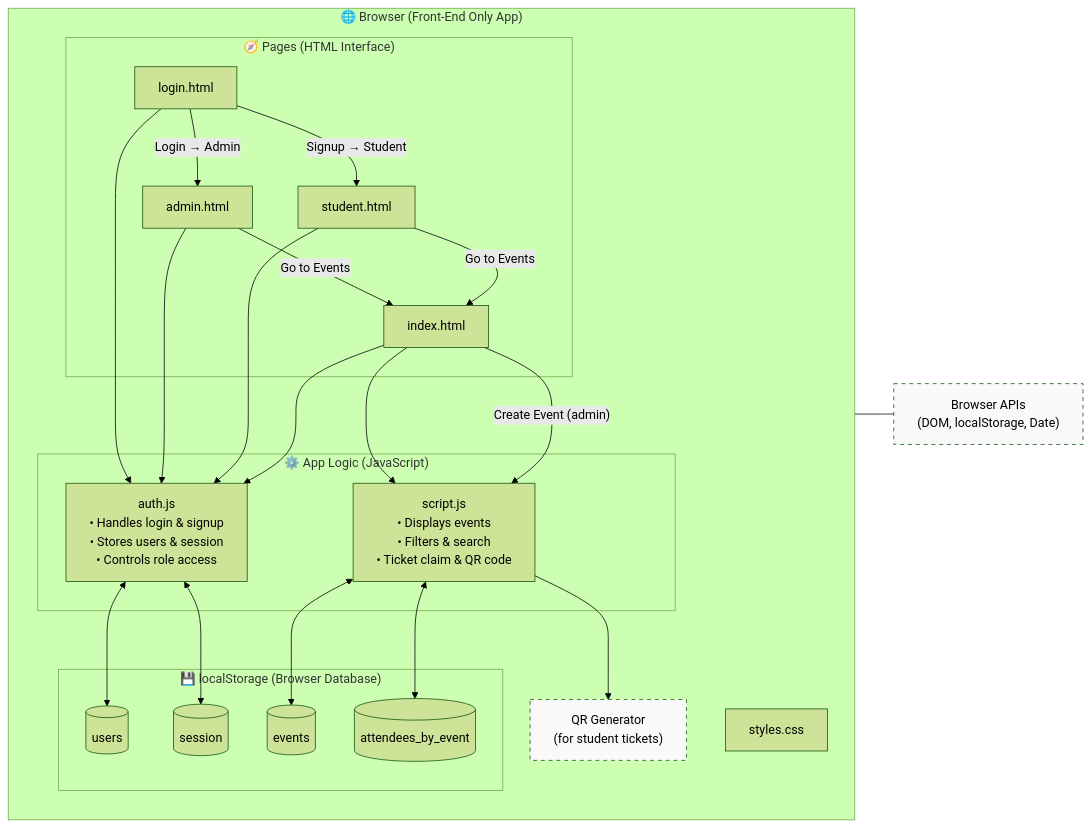
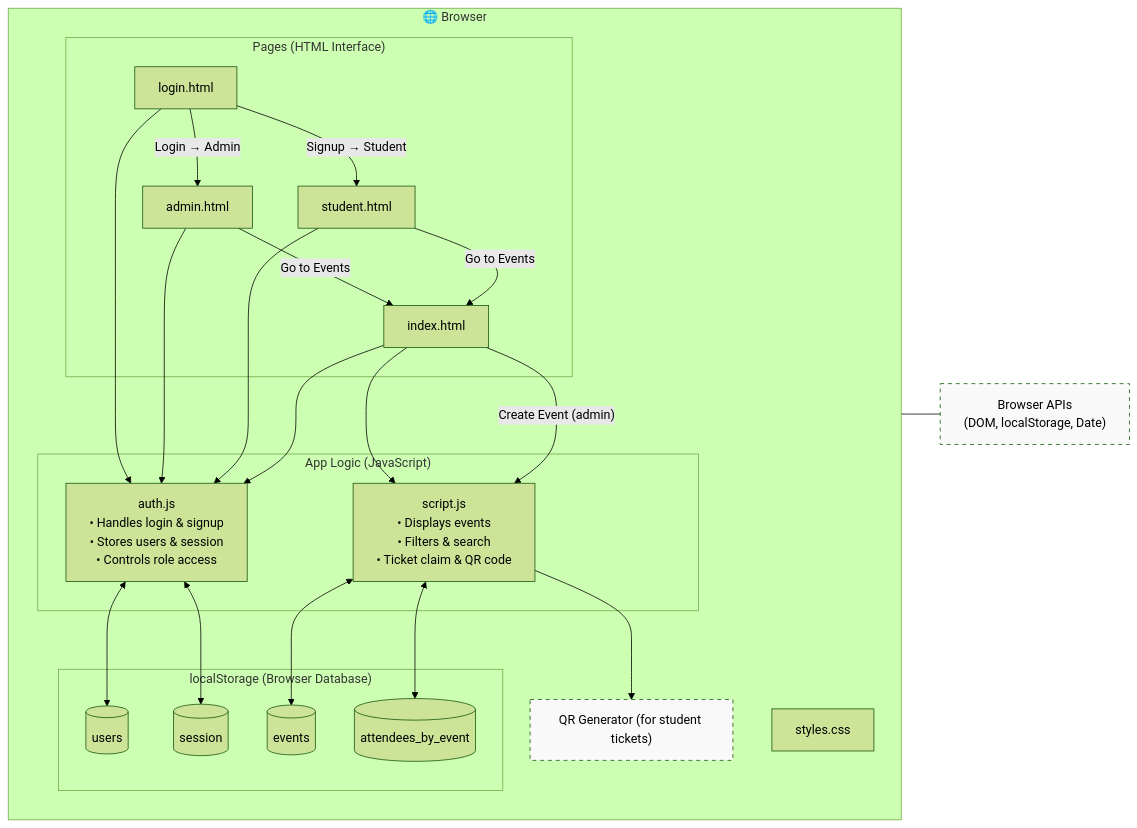
Before and after one commit to MarcElHaddad1/SOEN-341: the diagram in system-block.mmd, drawn with Mermaid (forest theme).

```diff
--- a/system-block.mmd
+++ b/system-block.mmd
@@ -1,61 +1,61 @@
 flowchart LR
   %% ========== MAIN APP ==========
-  subgraph Browser["🌐 Browser (Front-End Only App)"]
+  subgraph Browser["🌐 Browser "]
     
     %% Pages Layer
-    subgraph Pages["🧭 Pages (HTML Interface)"]
+    subgraph Pages[" Pages (HTML Interface)"]
       L[login.html]
       A[admin.html]
       S[student.html]
       I[index.html]
     end
 
     %% Logic Layer
-    subgraph Logic["⚙️ App Logic (JavaScript)"]
+    subgraph Logic[" App Logic (JavaScript)"]
       AUTH["auth.js\n• Handles login & signup\n• Stores users & session\n• Controls role access"]
       SCR["script.js\n• Displays events\n• Filters & search\n• Ticket claim & QR code"]
     end
 
     %% Data Layer
-    subgraph Data["💾 localStorage (Browser Database)"]
+    subgraph Data[" localStorage (Browser Database)"]
       USERS[(users)]
       SESSION[(session)]
       EVENTS[(events)]
       ATTENDEES[(attendees_by_event)]
     end
 
     %% Styling
     STY[styles.css]
 
     %% Page connections
     L --> AUTH
     A --> AUTH
     S --> AUTH
     I --> AUTH
     I --> SCR
 
     %% Logic <-> Data
     AUTH <--> USERS
     AUTH <--> SESSION
     SCR  <--> EVENTS
     SCR  <--> ATTENDEES
 
     %% Navigation flow
     L -- "Login → Admin" --> A
     L -- "Signup → Student" --> S
     A -- "Go to Events" --> I
     S -- "Go to Events" --> I
 
     %% Admin-only function
     I -- "Create Event (admin)" --> SCR
 
     %% Utility
-    QR["QR Generator\n(for student tickets)"]:::util
+    QR["QR Generator (for student tickets)"]:::util
     SCR --> QR
 
     classDef util stroke-dasharray:5 5, fill:#f9f9f9;
   end
 
   %% External dependencies
   BAPI["Browser APIs\n(DOM, localStorage, Date)"]:::util
   Browser --- BAPI
```
